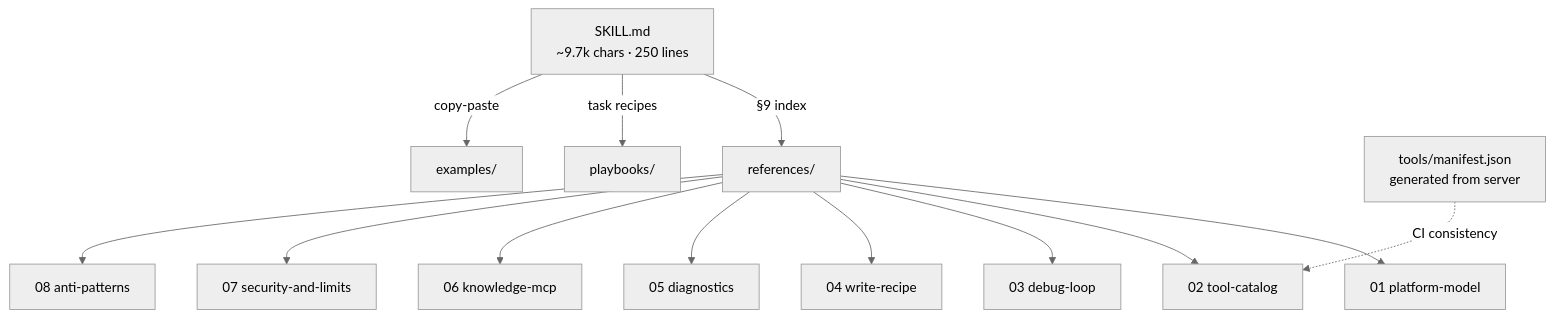
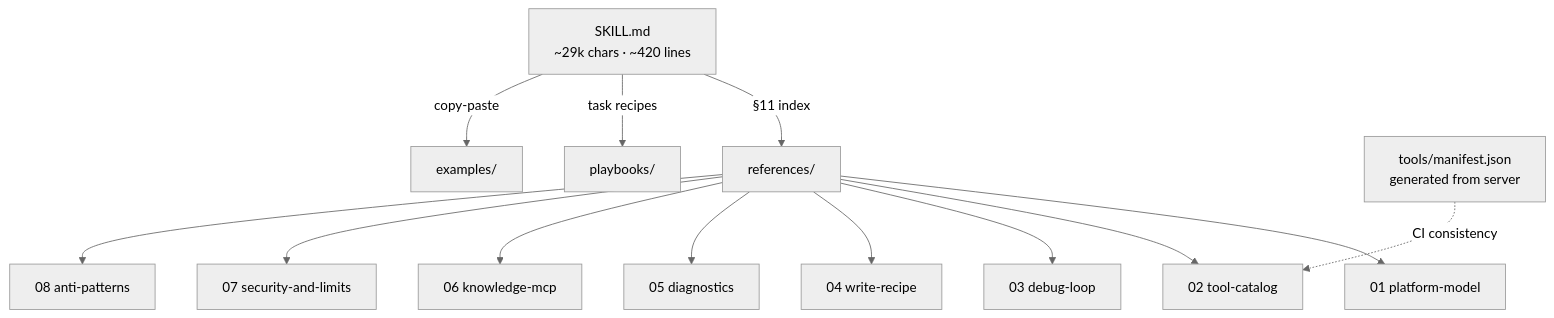
One commit to qeasy-cloud/datahub-mcp-ops changed the second of 6 diagrams in docs/architecture.md. Above: the diagram before and after it, drawn with Mermaid (neutral theme). The commit also changed other lines of this file and 25 other files, not shown here.

````diff
--- a/docs/architecture.md
+++ b/docs/architecture.md
@@ -55,15 +55,15 @@
 ```mermaid
 flowchart TD
-    S[SKILL.md<br/>~9.7k chars · 250 lines] -->|§9 index| R[references/]
+    S[SKILL.md<br/>~29k chars · ~420 lines] -->|§11 index| R[references/]
     S -->|task recipes| P[playbooks/]
     S -->|copy-paste| X[examples/]
     R --> R1[01 platform-model]
     R --> R2[02 tool-catalog]
     R --> R3[03 debug-loop]
     R --> R4[04 write-recipe]
     R --> R5[05 diagnostics]
     R --> R6[06 knowledge-mcp]
     R --> R7[07 security-and-limits]
     R --> R8[08 anti-patterns]
     G[tools/manifest.json<br/>generated from server] -.->|CI consistency| R2
 ```
````
